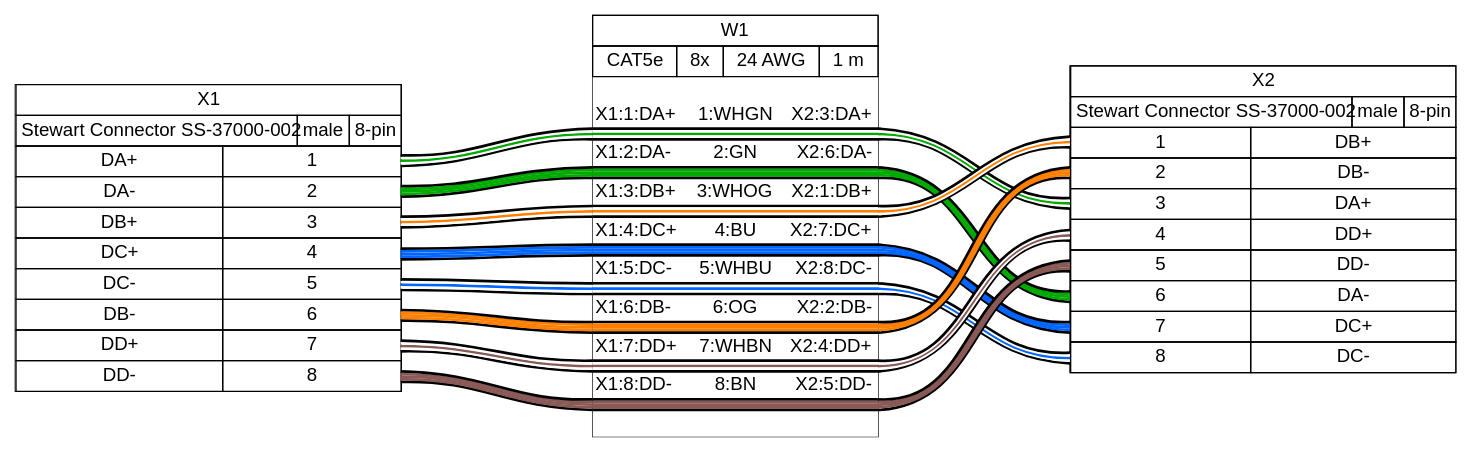
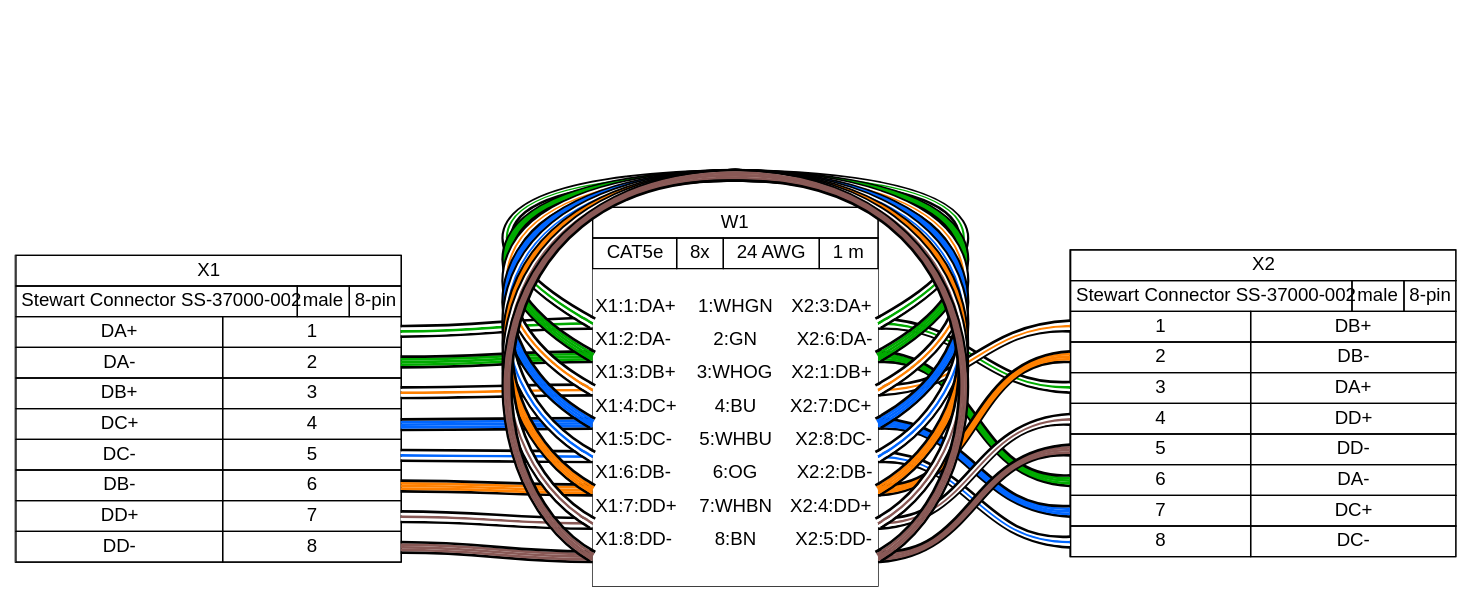
The diagram in examples/ex10.gv (tobiasfalk/WireViz), drawn with Graphviz before and after one commit. The commit also changed 137 other files, not shown here.

```diff
--- a/examples/ex10.gv
+++ b/examples/ex10.gv
@@ -165,25 +165,7 @@
      <td align="right">X2:3:DA+ </td>
     </tr>
     <tr>
-     <td border="0" cellspacing="0" cellpadding="0" colspan="5" height="10" port="w1">
-      <table border="0" cellborder="0" cellspacing="0">
-       <tr>
-        <td bgcolor="#000000" border="0" cellpadding="0" colspan="5" height="2"></td>
-       </tr>
-       <tr>
-        <td bgcolor="#FFFFFF" border="0" cellpadding="0" colspan="5" height="2"></td>
-       </tr>
-       <tr>
-        <td bgcolor="#00AA00" border="0" cellpadding="0" colspan="5" height="2"></td>
-       </tr>
-       <tr>
-        <td bgcolor="#FFFFFF" border="0" cellpadding="0" colspan="5" height="2"></td>
-       </tr>
-       <tr>
-        <td bgcolor="#000000" border="0" cellpadding="0" colspan="5" height="2"></td>
-       </tr>
-      </table>
-     </td>
+     <td border="0" cellspacing="0" cellpadding="0" colspan="5" height="6" port="w1"></td>
     </tr>
     <tr>
      <td align="left"> X1:2:DA-</td>
@@ -193,25 +175,7 @@
      <td align="right">X2:6:DA- </td>
     </tr>
     <tr>
-     <td border="0" cellspacing="0" cellpadding="0" colspan="5" height="10" port="w2">
-      <table border="0" cellborder="0" cellspacing="0">
-       <tr>
-        <td bgcolor="#000000" border="0" cellpadding="0" colspan="5" height="2"></td>
-       </tr>
-       <tr>
-        <td bgcolor="#00AA00" border="0" cellpadding="0" colspan="5" height="2"></td>
-       </tr>
-       <tr>
-        <td bgcolor="#00AA00" border="0" cellpadding="0" colspan="5" height="2"></td>
-       </tr>
-       <tr>
-        <td bgcolor="#00AA00" border="0" cellpadding="0" colspan="5" height="2"></td>
-       </tr>
-       <tr>
-        <td bgcolor="#000000" border="0" cellpadding="0" colspan="5" height="2"></td>
-       </tr>
-      </table>
-     </td>
+     <td border="0" cellspacing="0" cellpadding="0" colspan="5" height="6" port="w2"></td>
     </tr>
     <tr>
      <td align="left"> X1:3:DB+</td>
@@ -221,25 +185,7 @@
      <td align="right">X2:1:DB+ </td>
     </tr>
     <tr>
-     <td border="0" cellspacing="0" cellpadding="0" colspan="5" height="10" port="w3">
-      <table border="0" cellborder="0" cellspacing="0">
-       <tr>
-        <td bgcolor="#000000" border="0" cellpadding="0" colspan="5" height="2"></td>
-       </tr>
-       <tr>
-        <td bgcolor="#FFFFFF" border="0" cellpadding="0" colspan="5" height="2"></td>
-       </tr>
-       <tr>
-        <td bgcolor="#FF8000" border="0" cellpadding="0" colspan="5" height="2"></td>
-       </tr>
-       <tr>
-        <td bgcolor="#FFFFFF" border="0" cellpadding="0" colspan="5" height="2"></td>
-       </tr>
-       <tr>
-        <td bgcolor="#000000" border="0" cellpadding="0" colspan="5" height="2"></td>
-       </tr>
-      </table>
-     </td>
+     <td border="0" cellspacing="0" cellpadding="0" colspan="5" height="6" port="w3"></td>
     </tr>
     <tr>
      <td align="left"> X1:4:DC+</td>
@@ -249,25 +195,7 @@
      <td align="right">X2:7:DC+ </td>
     </tr>
     <tr>
-     <td border="0" cellspacing="0" cellpadding="0" colspan="5" height="10" port="w4">
-      <table border="0" cellborder="0" cellspacing="0">
-       <tr>
-        <td bgcolor="#000000" border="0" cellpadding="0" colspan="5" height="2"></td>
-       </tr>
-       <tr>
-        <td bgcolor="#0066FF" border="0" cellpadding="0" colspan="5" height="2"></td>
-       </tr>
-       <tr>
-        <td bgcolor="#0066FF" border="0" cellpadding="0" colspan="5" height="2"></td>
-       </tr>
-       <tr>
-        <td bgcolor="#0066FF" border="0" cellpadding="0" colspan="5" height="2"></td>
-       </tr>
-       <tr>
-        <td bgcolor="#000000" border="0" cellpadding="0" colspan="5" height="2"></td>
-       </tr>
-      </table>
-     </td>
+     <td border="0" cellspacing="0" cellpadding="0" colspan="5" height="6" port="w4"></td>
     </tr>
     <tr>
      <td align="left"> X1:5:DC-</td>
@@ -277,25 +205,7 @@
      <td align="right">X2:8:DC- </td>
     </tr>
     <tr>
-     <td border="0" cellspacing="0" cellpadding="0" colspan="5" height="10" port="w5">
-      <table border="0" cellborder="0" cellspacing="0">
-       <tr>
-        <td bgcolor="#000000" border="0" cellpadding="0" colspan="5" height="2"></td>
-       </tr>
-       <tr>
-        <td bgcolor="#FFFFFF" border="0" cellpadding="0" colspan="5" height="2"></td>
-       </tr>
-       <tr>
-        <td bgcolor="#0066FF" border="0" cellpadding="0" colspan="5" height="2"></td>
-       </tr>
-       <tr>
-        <td bgcolor="#FFFFFF" border="0" cellpadding="0" colspan="5" height="2"></td>
-       </tr>
-       <tr>
-        <td bgcolor="#000000" border="0" cellpadding="0" colspan="5" height="2"></td>
-       </tr>
-      </table>
-     </td>
+     <td border="0" cellspacing="0" cellpadding="0" colspan="5" height="6" port="w5"></td>
     </tr>
     <tr>
      <td align="left"> X1:6:DB-</td>
@@ -305,25 +215,7 @@
      <td align="right">X2:2:DB- </td>
     </tr>
     <tr>
-     <td border="0" cellspacing="0" cellpadding="0" colspan="5" height="10" port="w6">
-      <table border="0" cellborder="0" cellspacing="0">
-       <tr>
-        <td bgcolor="#000000" border="0" cellpadding="0" colspan="5" height="2"></td>
-       </tr>
-       <tr>
-        <td bgcolor="#FF8000" border="0" cellpadding="0" colspan="5" height="2"></td>
-       </tr>
-       <tr>
-        <td bgcolor="#FF8000" border="0" cellpadding="0" colspan="5" height="2"></td>
-       </tr>
-       <tr>
-        <td bgcolor="#FF8000" border="0" cellpadding="0" colspan="5" height="2"></td>
-       </tr>
-       <tr>
-        <td bgcolor="#000000" border="0" cellpadding="0" colspan="5" height="2"></td>
-       </tr>
-      </table>
-     </td>
+     <td border="0" cellspacing="0" cellpadding="0" colspan="5" height="6" port="w6"></td>
     </tr>
     <tr>
      <td align="left"> X1:7:DD+</td>
@@ -333,25 +225,7 @@
      <td align="right">X2:4:DD+ </td>
     </tr>
     <tr>
-     <td border="0" cellspacing="0" cellpadding="0" colspan="5" height="10" port="w7">
-      <table border="0" cellborder="0" cellspacing="0">
-       <tr>
-        <td bgcolor="#000000" border="0" cellpadding="0" colspan="5" height="2"></td>
-       </tr>
-       <tr>
-        <td bgcolor="#FFFFFF" border="0" cellpadding="0" colspan="5" height="2"></td>
-       </tr>
-       <tr>
-        <td bgcolor="#895956" border="0" cellpadding="0" colspan="5" height="2"></td>
-       </tr>
-       <tr>
-        <td bgcolor="#FFFFFF" border="0" cellpadding="0" colspan="5" height="2"></td>
-       </tr>
-       <tr>
-        <td bgcolor="#000000" border="0" cellpadding="0" colspan="5" height="2"></td>
-       </tr>
-      </table>
-     </td>
+     <td border="0" cellspacing="0" cellpadding="0" colspan="5" height="6" port="w7"></td>
     </tr>
     <tr>
      <td align="left"> X1:8:DD-</td>
@@ -361,25 +235,7 @@
      <td align="right">X2:5:DD- </td>
     </tr>
     <tr>
-     <td border="0" cellspacing="0" cellpadding="0" colspan="5" height="10" port="w8">
-      <table border="0" cellborder="0" cellspacing="0">
-       <tr>
-        <td bgcolor="#000000" border="0" cellpadding="0" colspan="5" height="2"></td>
-       </tr>
-       <tr>
-        <td bgcolor="#895956" border="0" cellpadding="0" colspan="5" height="2"></td>
-       </tr>
-       <tr>
-        <td bgcolor="#895956" border="0" cellpadding="0" colspan="5" height="2"></td>
-       </tr>
-       <tr>
-        <td bgcolor="#895956" border="0" cellpadding="0" colspan="5" height="2"></td>
-       </tr>
-       <tr>
-        <td bgcolor="#000000" border="0" cellpadding="0" colspan="5" height="2"></td>
-       </tr>
-      </table>
-     </td>
+     <td border="0" cellspacing="0" cellpadding="0" colspan="5" height="6" port="w8"></td>
     </tr>
     <tr>
      <td>&nbsp;</td>
@@ -413,4 +269,12 @@
 	edge [color="#000000:#895956:#895956:#895956:#000000"]
 	X1:p8r:e -- W1:w8:w
 	W1:w8:e -- X2:p5l:w
+	W1:w1:e -- W1:w1:w [color="#000000:#FFFFFF:#00AA00:#FFFFFF:#000000" straight=straight]
+	W1:w2:e -- W1:w2:w [color="#000000:#00AA00:#00AA00:#00AA00:#000000" straight=straight]
+	W1:w3:e -- W1:w3:w [color="#000000:#FFFFFF:#FF8000:#FFFFFF:#000000" straight=straight]
+	W1:w4:e -- W1:w4:w [color="#000000:#0066FF:#0066FF:#0066FF:#000000" straight=straight]
+	W1:w5:e -- W1:w5:w [color="#000000:#FFFFFF:#0066FF:#FFFFFF:#000000" straight=straight]
+	W1:w6:e -- W1:w6:w [color="#000000:#FF8000:#FF8000:#FF8000:#000000" straight=straight]
+	W1:w7:e -- W1:w7:w [color="#000000:#FFFFFF:#895956:#FFFFFF:#000000" straight=straight]
+	W1:w8:e -- W1:w8:w [color="#000000:#895956:#895956:#895956:#000000" straight=straight]
 }
```
